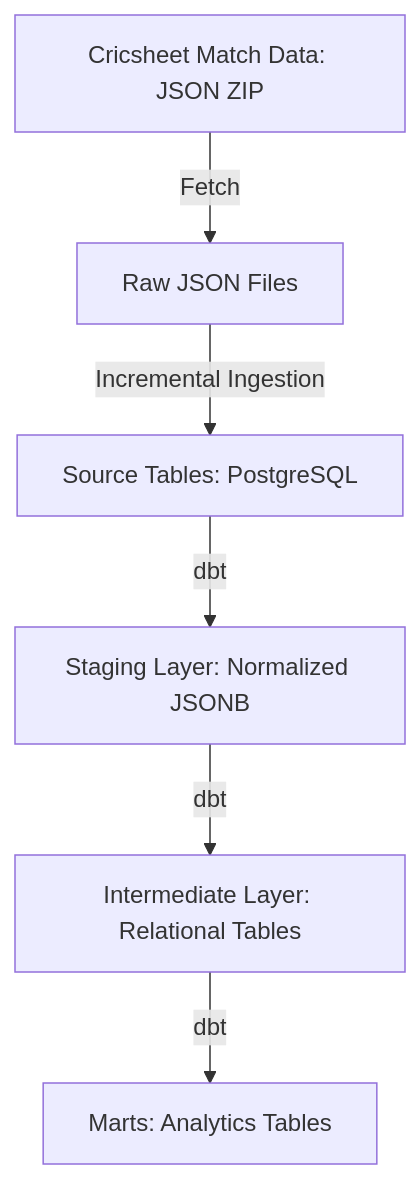
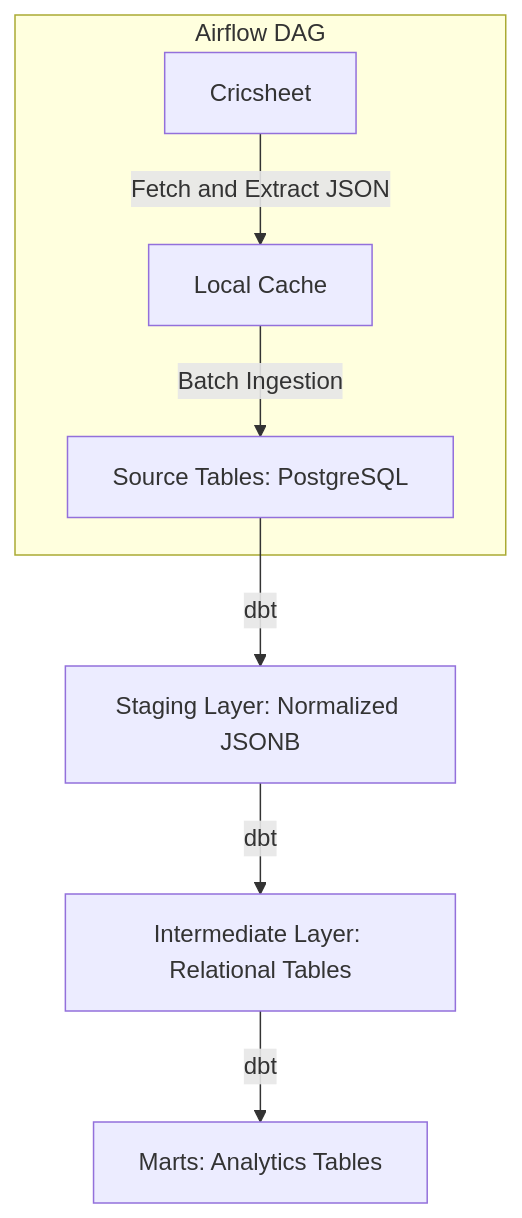
The first of 2 diagrams in README.md (shsiddhant/cricket-warehouse), drawn with Mermaid before and after one commit. The commit also changed other lines of this file and 9 other files, not shown here.

Commit message:
dag: Add Airflow DAG for ingestion pipeline.

````diff
--- a/README.md
+++ b/README.md
@@ -50,14 +51,15 @@
 ```mermaid
 flowchart TD
 
-A[Cricsheet Match Data: JSON ZIP] -->|Fetch| B[Raw JSON Files]
-
-B -->|Incremental Ingestion| C[Source Tables: PostgreSQL]
+subgraph Airflow DAG
+    A[Cricsheet] -->|Fetch and Extract JSON| B[Local Cache]
+    B -->|Batch Ingestion| C[Source Tables: PostgreSQL]
+end
 
 C -->|dbt| D[Staging Layer: Normalized JSONB]
 
 D -->|dbt| E[Intermediate Layer: Relational Tables]
 
 E -->|dbt| F[Marts: Analytics Tables]
 
 ```
````
